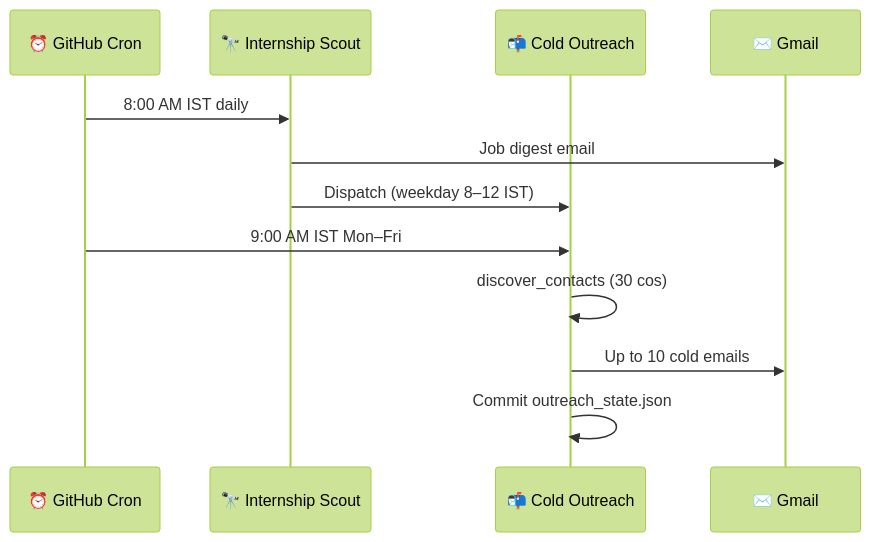
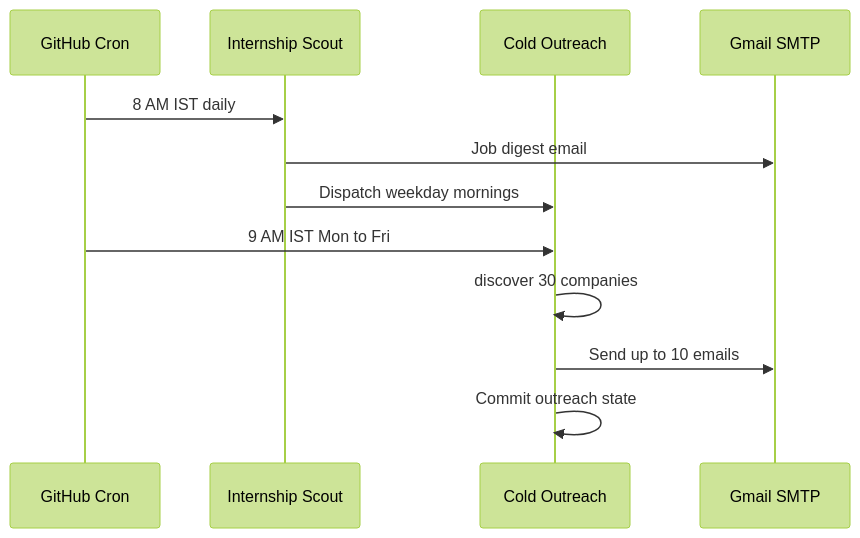
One commit to Ojas-Srivastava05/resume-optimiser changed the fourth of 4 diagrams in README.md. Above: the diagram before and after it, drawn with Mermaid (forest theme). The commit also changed other lines of this file, not shown here.

First line of the commit message:
fix: make README Mermaid diagrams GitHub-compatible

````diff
--- a/README.md
+++ b/README.md
@@ -257,15 +252,15 @@
 ```mermaid
 sequenceDiagram
-    participant Cron as ⏰ GitHub Cron
-    participant Scout as 🔭 Internship Scout
-    participant Cold as 📬 Cold Outreach
-    participant Gmail as ✉️ Gmail
+    participant Cron as GitHub Cron
+    participant Scout as Internship Scout
+    participant Cold as Cold Outreach
+    participant Gmail as Gmail SMTP
 
-    Cron->>Scout: 8:00 AM IST daily
+    Cron->>Scout: 8 AM IST daily
     Scout->>Gmail: Job digest email
-    Scout->>Cold: Dispatch (weekday 8–12 IST)
-    Cron->>Cold: 9:00 AM IST Mon–Fri
-    Cold->>Cold: discover_contacts (30 cos)
-    Cold->>Gmail: Up to 10 cold emails
-    Cold->>Cold: Commit outreach_state.json
+    Scout->>Cold: Dispatch weekday mornings
+    Cron->>Cold: 9 AM IST Mon to Fri
+    Cold->>Cold: discover 30 companies
+    Cold->>Gmail: Send up to 10 emails
+    Cold->>Cold: Commit outreach state
 ```
````
